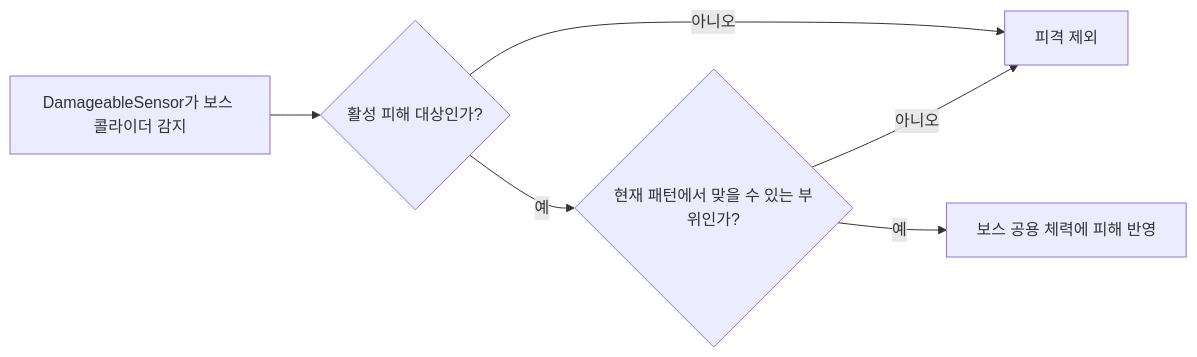
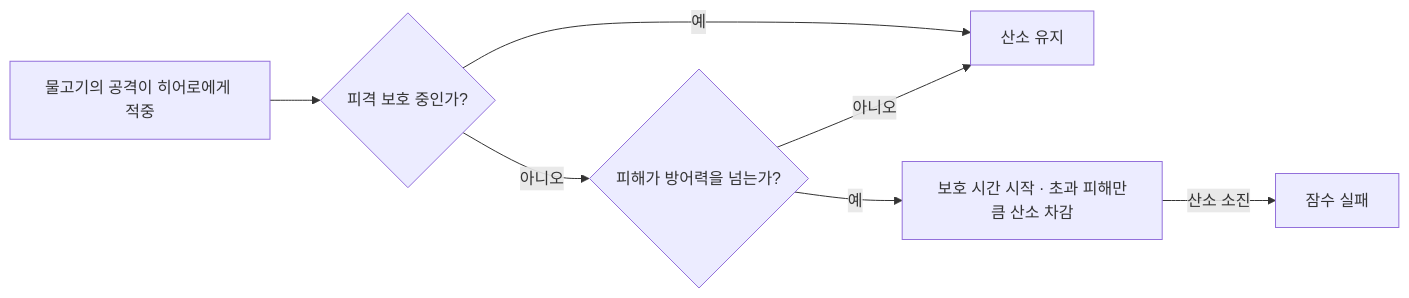
The third of 10 diagrams in README.md (lmglmg01/CatchAndCook), drawn with Mermaid before and after one commit. The commit also changed other lines of this file, not shown here.

```diff
--- a/README.md
+++ b/README.md
@@ -128,8 +128,9 @@
 ~~~mermaid
 flowchart LR
-    A[DamageableSensor가 보스 콜라이더 감지] --> B{활성 피해 대상인가?}
-    B -->|아니오| C[피격 제외]
-    B -->|예| D{현재 패턴에서 맞을 수 있는 부위인가?}
+    A[물고기의 공격이 히어로에게 적중] --> B{피격 보호 중인가?}
+    B -->|예| C[산소 유지]
+    B -->|아니오| D{피해가 방어력을 넘는가?}
     D -->|아니오| C
-    D -->|예| E[보스 공용 체력에 피해 반영]
+    D -->|예| E[보호 시간 시작 · 초과 피해만큼 산소 차감]
+    E -->|산소 소진| F[잠수 실패]
 ~~~
```
